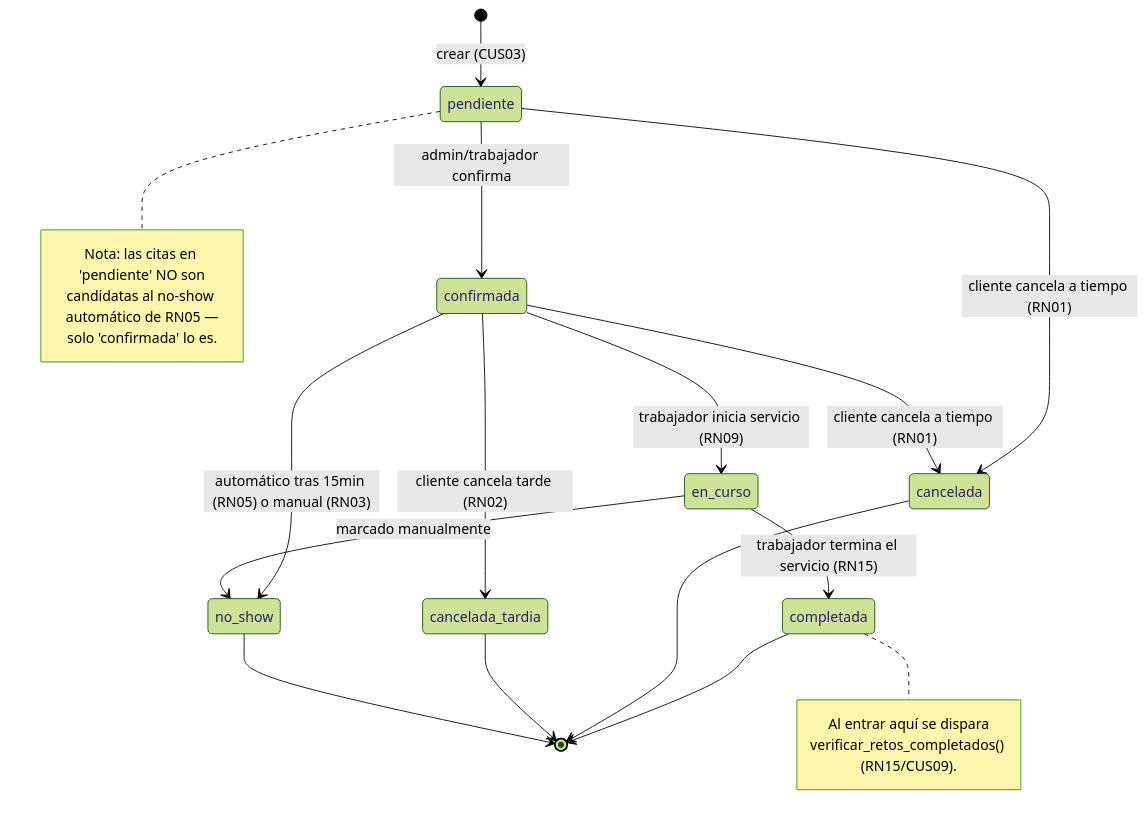
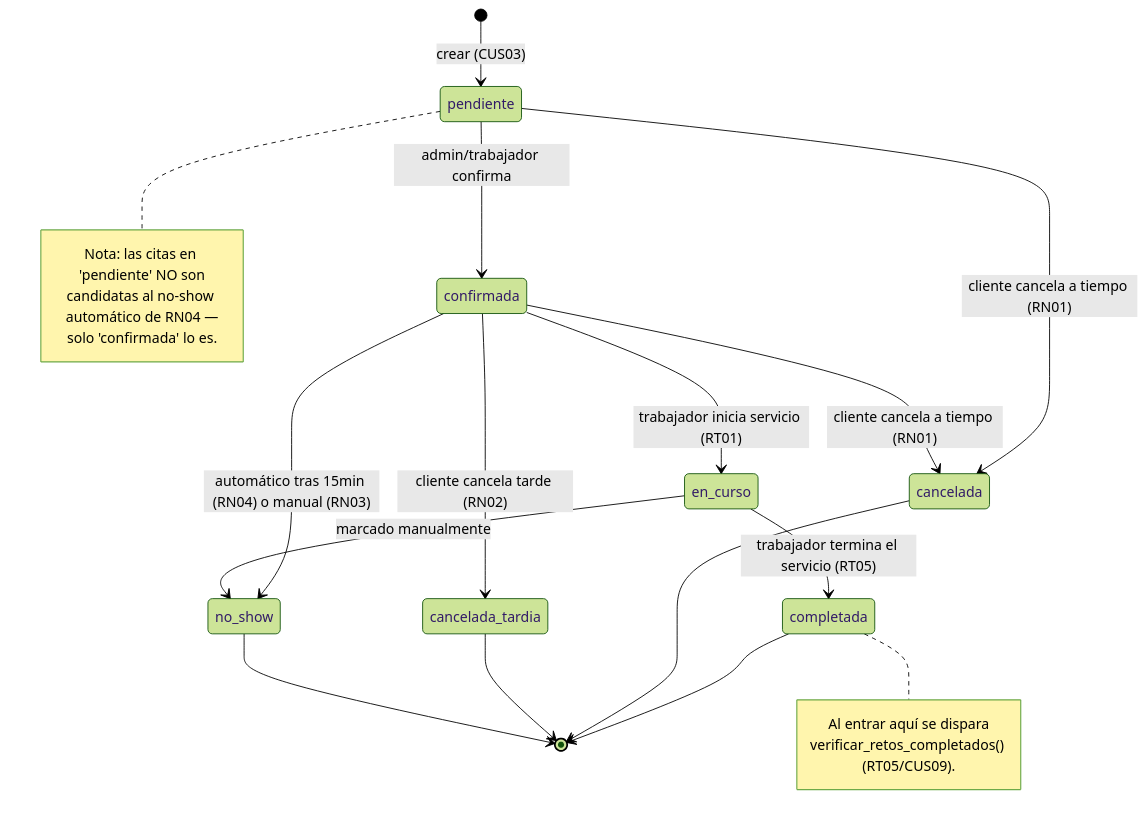
Before and after one commit to Alezzandromv/welve: the first of 3 diagrams in docs/tesis/08_DIAGRAMAS_DE_ESTADO.md, drawn with Mermaid (forest theme). The commit also changed other lines of this file and 73 other files, not shown here.

````diff
--- a/docs/tesis/08_DIAGRAMAS_DE_ESTADO.md
+++ b/docs/tesis/08_DIAGRAMAS_DE_ESTADO.md
@@ -9,31 +9,31 @@
 ```mermaid
 stateDiagram-v2
     [*] --> pendiente : crear (CUS03)
 
     pendiente --> confirmada : admin/trabajador confirma
     pendiente --> cancelada : cliente cancela a tiempo (RN01)
 
-    confirmada --> en_curso : trabajador inicia servicio (RN09)
+    confirmada --> en_curso : trabajador inicia servicio (RT01)
     confirmada --> cancelada : cliente cancela a tiempo (RN01)
     confirmada --> cancelada_tardia : cliente cancela tarde (RN02)
-    confirmada --> no_show : automático tras 15min (RN05) o manual (RN03)
+    confirmada --> no_show : automático tras 15min (RN04) o manual (RN03)
 
-    en_curso --> completada : trabajador termina el servicio (RN15)
+    en_curso --> completada : trabajador termina el servicio (RT05)
     en_curso --> no_show : marcado manualmente
 
     completada --> [*]
     cancelada --> [*]
     cancelada_tardia --> [*]
     no_show --> [*]
 
     note right of pendiente
         Nota: las citas en 'pendiente' NO son
-        candidatas al no-show automático de RN05 —
+        candidatas al no-show automático de RN04 —
         solo 'confirmada' lo es.
     end note
 
     note right of completada
         Al entrar aquí se dispara
-        verificar_retos_completados() (RN15/CUS09).
+        verificar_retos_completados() (RT05/CUS09).
     end note
 ```
````
